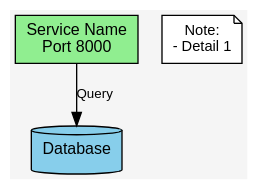
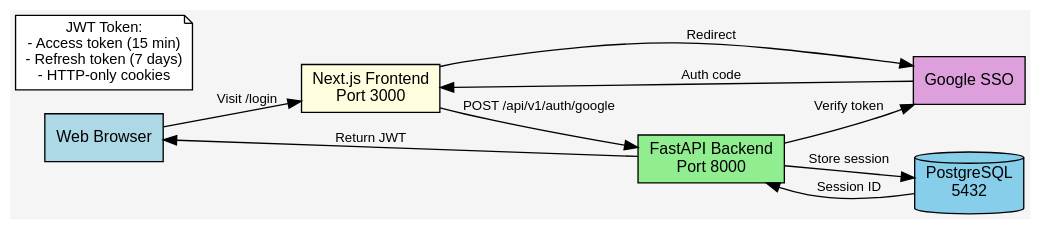
One commit to NumberOne-AI/machina-meta changed diagram 12 of 12 in docs/DIAGRAMS.md. Above: the diagram before and after it, drawn with Graphviz. The commit also changed other lines of this file and 55 other files, not shown here.

First line of the commit message:
docs: Complete migration from Mermaid to Graphviz with consistent entity styling

````diff
--- a/docs/DIAGRAMS.md
+++ b/docs/DIAGRAMS.md
@@ -413,25 +274,37 @@
 ```dot
-// Diagram Title
-digraph DiagramName {
-    rankdir=TB;
-    bgcolor="#f5f5f5";  // Light gray background
+// User Authentication Flow
+// Shows Google SSO integration with JWT token generation
+digraph AuthenticationFlow {
+    rankdir=LR;
 
-    // Font settings for readability
-    graph [fontsize=14, fontname="Arial"];
+    // Font settings and background
+    graph [fontsize=14, fontname="Arial", bgcolor="#f5f5f5", style=filled];
     node [shape=box, style=filled, fontsize=12, fontname="Arial"];
     edge [fontsize=10, fontname="Arial"];
 
-    // Nodes with opaque backgrounds
-    service [label="Service Name\nPort 8000", fillcolor=lightgreen];
-    database [label="Database", fillcolor=skyblue, shape=cylinder];
+    // Standard entities
+    Browser [label="Web Browser", fillcolor=lightblue];
+    NextJS [label="Next.js Frontend\nPort 3000", fillcolor=lightyellow];
+    FastAPI [label="FastAPI Backend\nPort 8000", fillcolor=lightgreen];
+    Postgres [label="PostgreSQL\n5432", fillcolor=skyblue, shape=cylinder];
 
-    // Edges
-    service -> database [label="Query", fontsize=10];
+    // External service
+    GoogleSSO [label="Google SSO", fillcolor=plum, shape=cloud];
 
-    // Notes with opaque backgrounds
-    note1 [label="Note:\n- Detail 1",
+    // Flow
+    Browser -> NextJS [label="Visit /login"];
+    NextJS -> GoogleSSO [label="Redirect"];
+    GoogleSSO -> NextJS [label="Auth code"];
+    NextJS -> FastAPI [label="POST /api/v1/auth/google"];
+    FastAPI -> GoogleSSO [label="Verify token"];
+    FastAPI -> Postgres [label="Store session"];
+    Postgres -> FastAPI [label="Session ID"];
+    FastAPI -> Browser [label="Return JWT"];
+
+    // Note
+    note1 [label="JWT Token:\n- Access token (15 min)\n- Refresh token (7 days)\n- HTTP-only cookies",
            fillcolor=white,
            shape=note,
            fontsize=11];
 }
 ```
````
